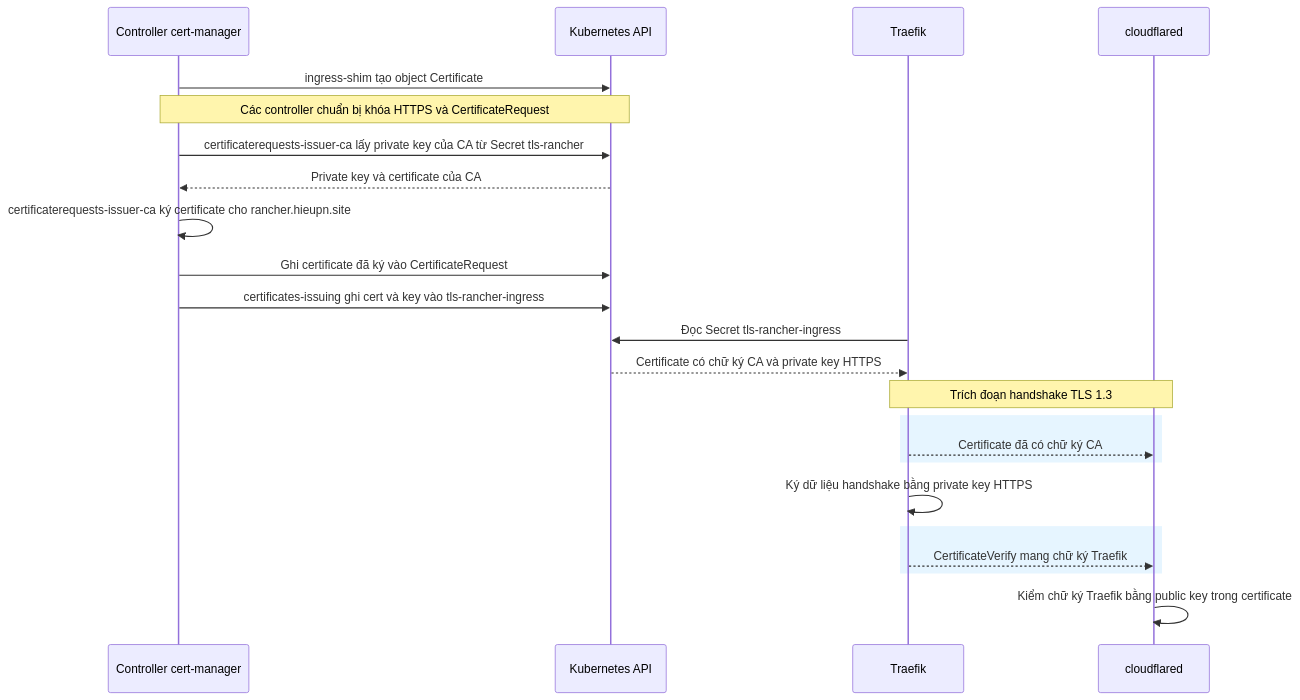
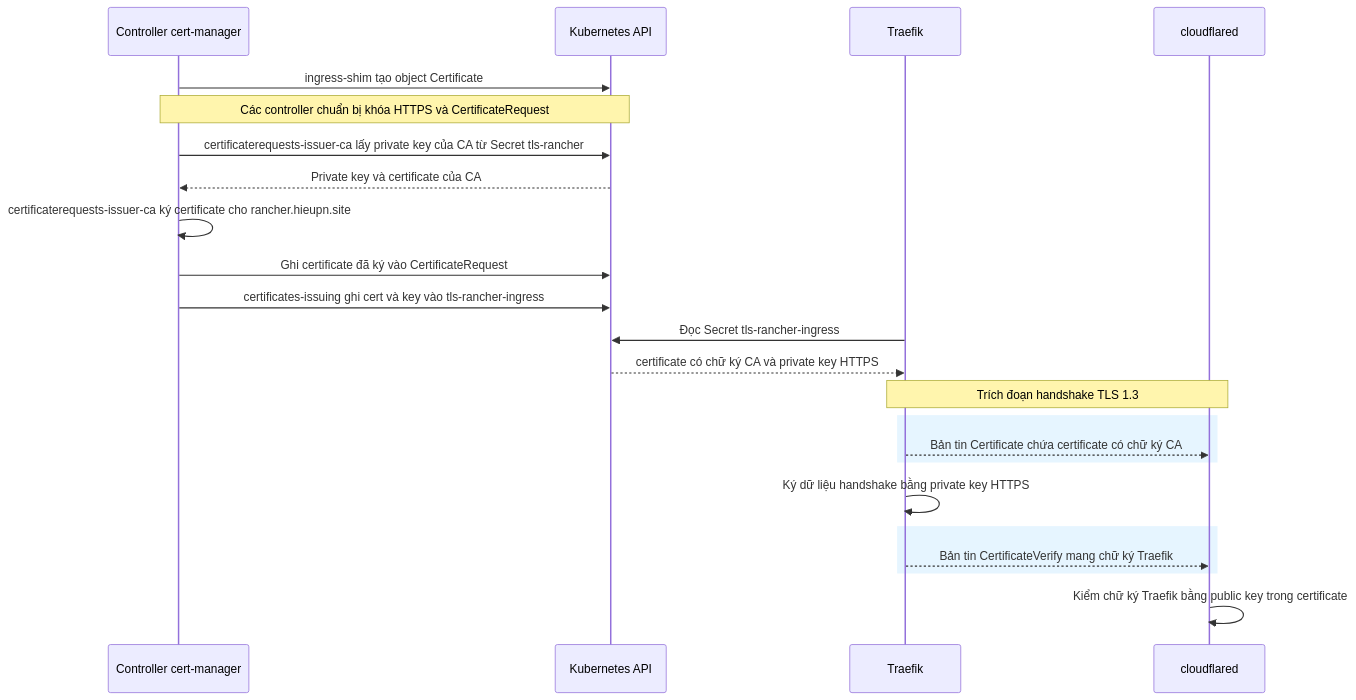
The fifth of 12 diagrams in cloudflare-rancher-docs/setup-rancher.md (hieupham259/ansible_playbook_k8s-installation), drawn with Mermaid before and after one commit. The commit also changed other lines of this file, not shown here.

````diff
--- a/cloudflare-rancher-docs/setup-rancher.md
+++ b/cloudflare-rancher-docs/setup-rancher.md
@@ -1337,27 +1432,27 @@
 ```mermaid
 sequenceDiagram
     participant CM as Controller cert-manager
     participant API as Kubernetes API
     participant T as Traefik
     participant C as cloudflared
 
     CM->>API: ingress-shim tạo object Certificate
     Note over CM,API: Các controller chuẩn bị khóa HTTPS và CertificateRequest
     CM->>API: certificaterequests-issuer-ca lấy private key của CA từ Secret tls-rancher
     API-->>CM: Private key và certificate của CA
     CM->>CM: certificaterequests-issuer-ca ký certificate cho rancher.hieupn.site
     CM->>API: Ghi certificate đã ký vào CertificateRequest
     CM->>API: certificates-issuing ghi cert và key vào tls-rancher-ingress
     T->>API: Đọc Secret tls-rancher-ingress
-    API-->>T: Certificate có chữ ký CA và private key HTTPS
+    API-->>T: certificate có chữ ký CA và private key HTTPS
 
     Note over T,C: Trích đoạn handshake TLS 1.3
     rect rgb(230, 245, 255)
-        T-->>C: Certificate đã có chữ ký CA
+        T-->>C: Bản tin Certificate chứa certificate có chữ ký CA
     end
     T->>T: Ký dữ liệu handshake bằng private key HTTPS
     rect rgb(230, 245, 255)
-        T-->>C: CertificateVerify mang chữ ký Traefik
+        T-->>C: Bản tin CertificateVerify mang chữ ký Traefik
     end
     C->>C: Kiểm chữ ký Traefik bằng public key trong certificate
 ```
````
